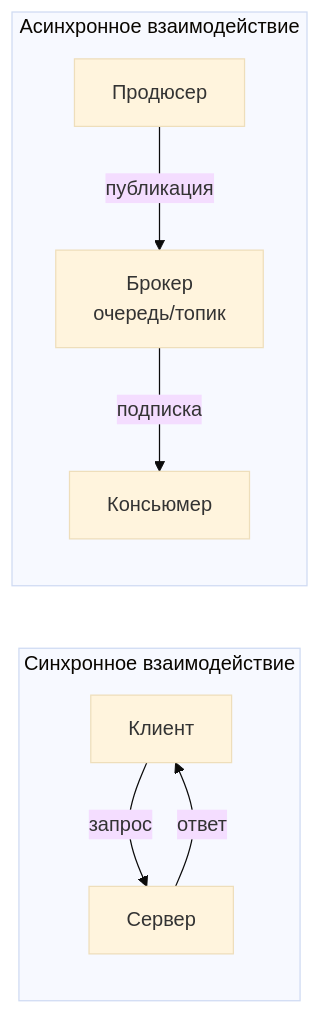
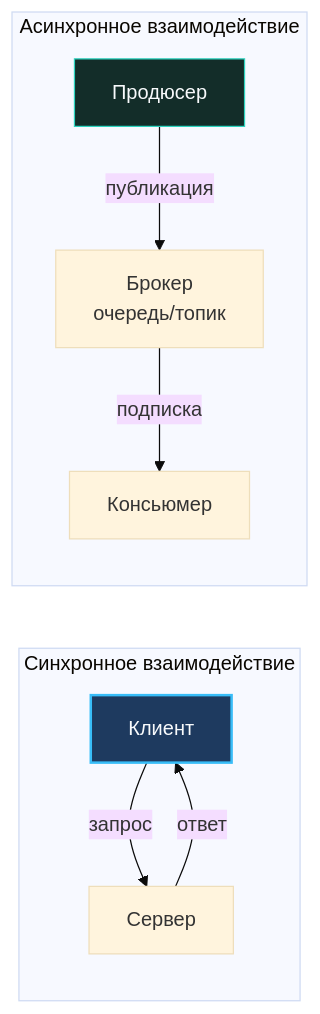
The diagram in sources/11. Архитектура и System Design/19. Синхронное vs асинхронное взаимодействие сервисов.md (UnrealTemplier/go-textbook), drawn with Mermaid (base theme) before and after one commit. The commit also changed 1666 other files, not shown here.

First line of the commit message:
feat(mermaid): add semantic color classDef to 1369 colorless flowchart/graph diagrams

````diff
--- a/sources/11. Архитектура и System Design/19. Синхронное vs асинхронное взаимодействие сервисов.md
+++ b/sources/11. Архитектура и System Design/19. Синхронное vs асинхронное взаимодействие сервисов.md
@@ -28,12 +28,22 @@
 ```mermaid
 flowchart LR
+    classDef process  fill:#1e293b,stroke:#38bdf8,stroke-width:1px,color:#f8fafc
+    classDef success  fill:#064e3b,stroke:#34d399,stroke-width:1px,color:#f8fafc
+    classDef error    fill:#7f1d1d,stroke:#f87171,stroke-width:1px,color:#f8fafc
+    classDef warning  fill:#78350f,stroke:#fbbf24,stroke-width:1px,color:#f8fafc
+    classDef entry    fill:#1e3a5f,stroke:#38bdf8,stroke-width:2px,color:#f8fafc
+    classDef aux      fill:#334155,stroke:#64748b,stroke-width:1px,color:#f8fafc
+    classDef system   fill:#312e81,stroke:#a78bfa,stroke-width:1px,color:#f8fafc
+    classDef data     fill:#132d29,stroke:#2dd4bf,stroke-width:1px,color:#f8fafc
+    classDef network  fill:#881337,stroke:#fb7185,stroke-width:1px,color:#f8fafc
+    classDef accent   fill:#1e1b4b,stroke:#818cf8,stroke-width:1px,color:#f8fafc
     subgraph Sync["Синхронное взаимодействие"]
-        S1["Клиент"] -->|"запрос"| S2["Сервер"]
+        S1["Клиент"]:::entry -->|"запрос"| S2["Сервер"]
         S2 -->|"ответ"| S1
     end
 
     subgraph Async["Асинхронное взаимодействие"]
-        A1["Продюсер"] -->|"публикация"| Broker["Брокер<br>очередь/топик"]
+        A1["Продюсер"]:::data -->|"публикация"| Broker["Брокер<br>очередь/топик"]
         Broker -->|"подписка"| A2["Консьюмер"]
     end
 ```
````
